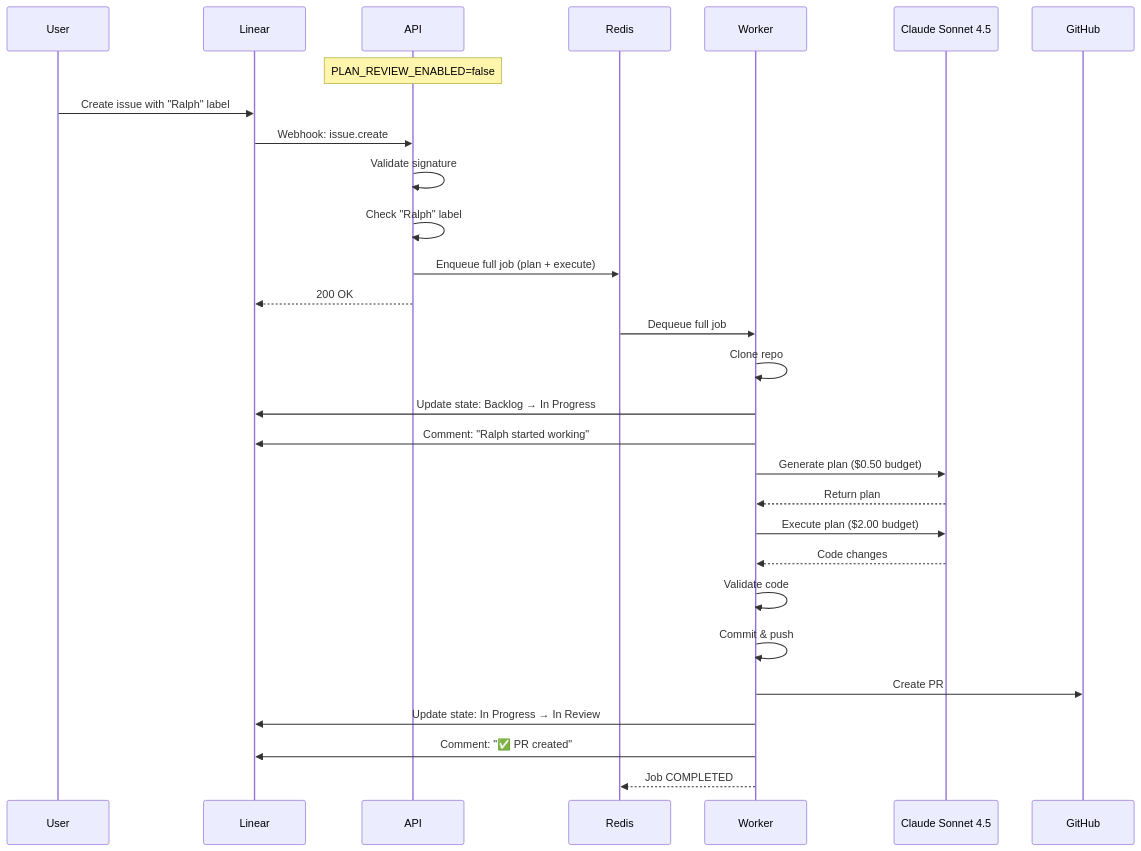
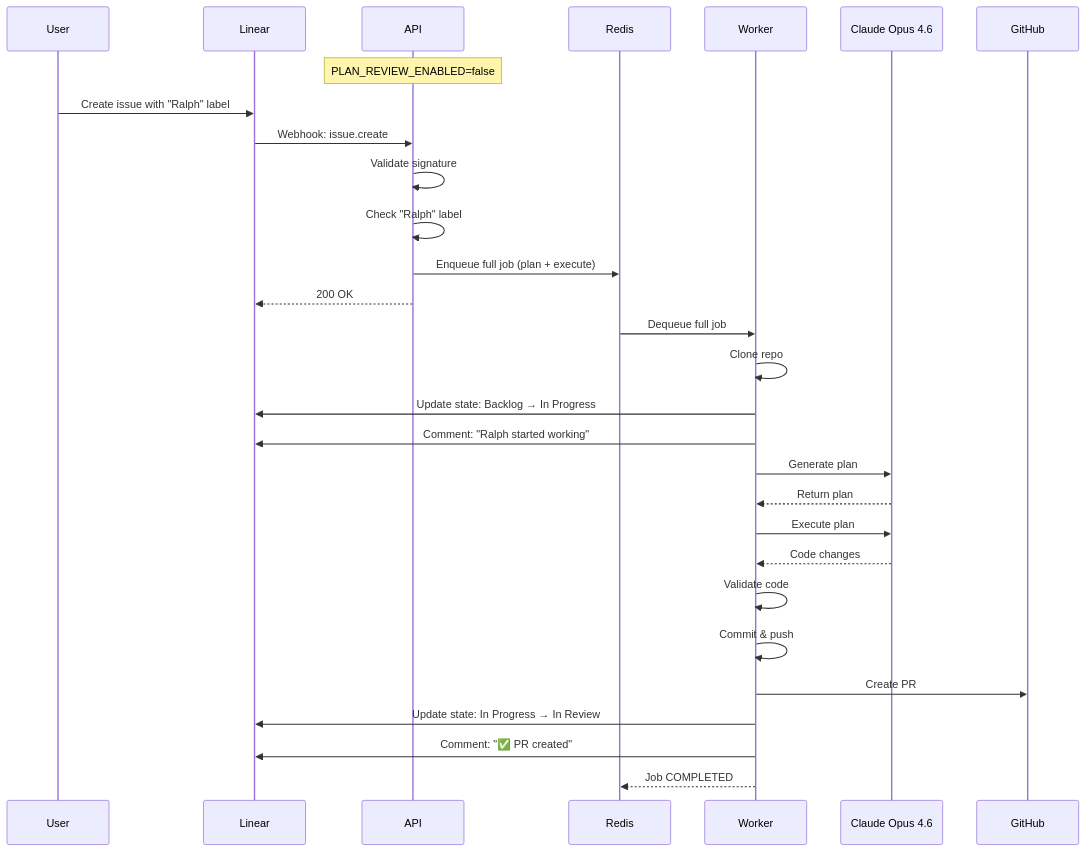
Before and after one commit to Replikanti/ralph-platform: the fourth of 8 diagrams in ARCHITECTURE.md, drawn with Mermaid. The commit also changed other lines of this file and 1 other file, not shown here.

First line of the commit message:
docs: update README and ARCHITECTURE for Claude Max flat-rate

````diff
--- a/ARCHITECTURE.md
+++ b/ARCHITECTURE.md
@@ -432,37 +436,37 @@
 ```mermaid
 sequenceDiagram
     participant User
     participant Linear
     participant API
     participant Redis
     participant Worker
-    participant Sonnet as Claude Sonnet 4.5
+    participant Opus as Claude Opus 4.6
     participant GitHub
 
     Note over API: PLAN_REVIEW_ENABLED=false
 
     User->>Linear: Create issue with "Ralph" label
     Linear->>API: Webhook: issue.create
     API->>API: Validate signature
     API->>API: Check "Ralph" label
     API->>Redis: Enqueue full job (plan + execute)
     API-->>Linear: 200 OK
 
     Redis->>Worker: Dequeue full job
     Worker->>Worker: Clone repo
     Worker->>Linear: Update state: Backlog → In Progress
     Worker->>Linear: Comment: "Ralph started working"
 
-    Worker->>Sonnet: Generate plan ($0.50 budget)
-    Sonnet-->>Worker: Return plan
+    Worker->>Opus: Generate plan
+    Opus-->>Worker: Return plan
 
-    Worker->>Sonnet: Execute plan ($2.00 budget)
-    Sonnet-->>Worker: Code changes
+    Worker->>Opus: Execute plan
+    Opus-->>Worker: Code changes
 
     Worker->>Worker: Validate code
     Worker->>Worker: Commit & push
     Worker->>GitHub: Create PR
     Worker->>Linear: Update state: In Progress → In Review
     Worker->>Linear: Comment: "✅ PR created"
     Worker-->>Redis: Job COMPLETED
 ```
````
